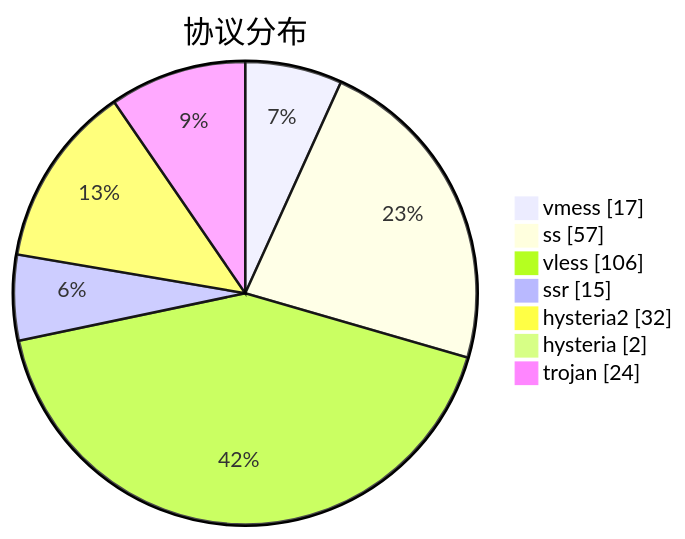
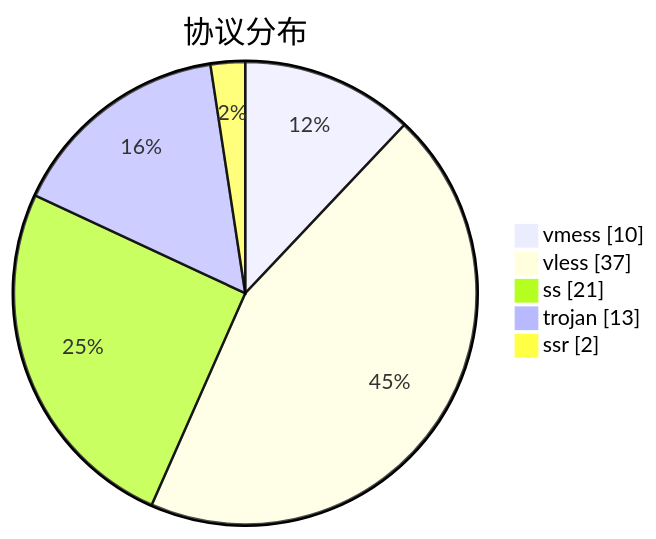
Before and after one commit to sinspired/airport: the third of 3 diagrams in subs/statistics/tested_within.md, drawn with Mermaid. The commit also changed other lines of this file and 2 other files, not shown here.

````diff
--- a/subs/statistics/tested_within.md
+++ b/subs/statistics/tested_within.md
@@ -42,11 +32,9 @@
 ```mermaid
 pie showData
 title 协议分布
-"vmess" : 17
-"ss" : 57
-"vless" : 106
-"ssr" : 15
-"hysteria2" : 32
-"hysteria" : 2
-"trojan" : 24
+"vmess" : 10
+"vless" : 37
+"ss" : 21
+"trojan" : 13
+"ssr" : 2
 ```
````
